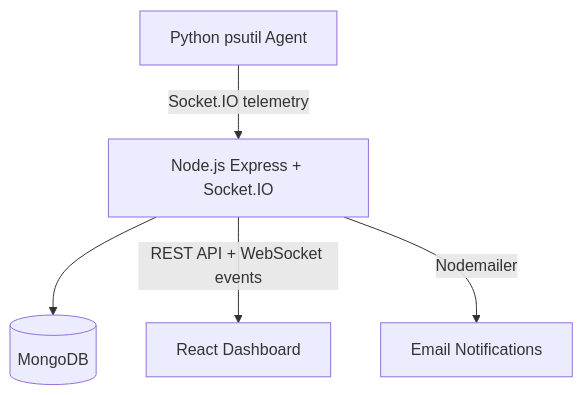
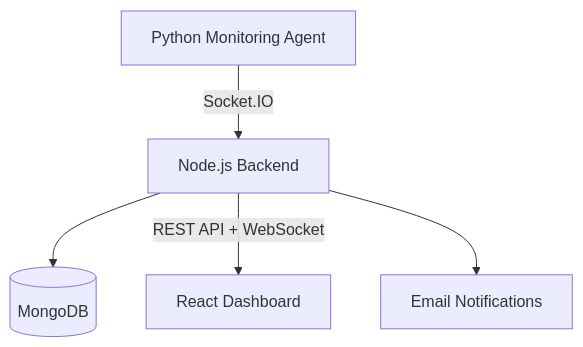
Before and after one commit to anshmishra07/Sentinel-v1: the diagram in README.md, drawn with Mermaid. The commit also changed other lines of this file, not shown here.

````diff
--- a/README.md
+++ b/README.md
@@ -21,7 +29,7 @@
 ```mermaid
 graph TD
-  Agent[Python psutil Agent] -->|Socket.IO telemetry| Backend[Node.js Express + Socket.IO]
-  Backend --> MongoDB[(MongoDB)]
-  Backend -->|REST API + WebSocket events| Frontend[React Dashboard]
-  Backend -->|Nodemailer| Email[Email Notifications]
+    A[Python Monitoring Agent] -->|Socket.IO| B[Node.js Backend]
+    B --> C[(MongoDB)]
+    B -->|REST API + WebSocket| D[React Dashboard]
+    B --> E[Email Notifications]
 ```
````
